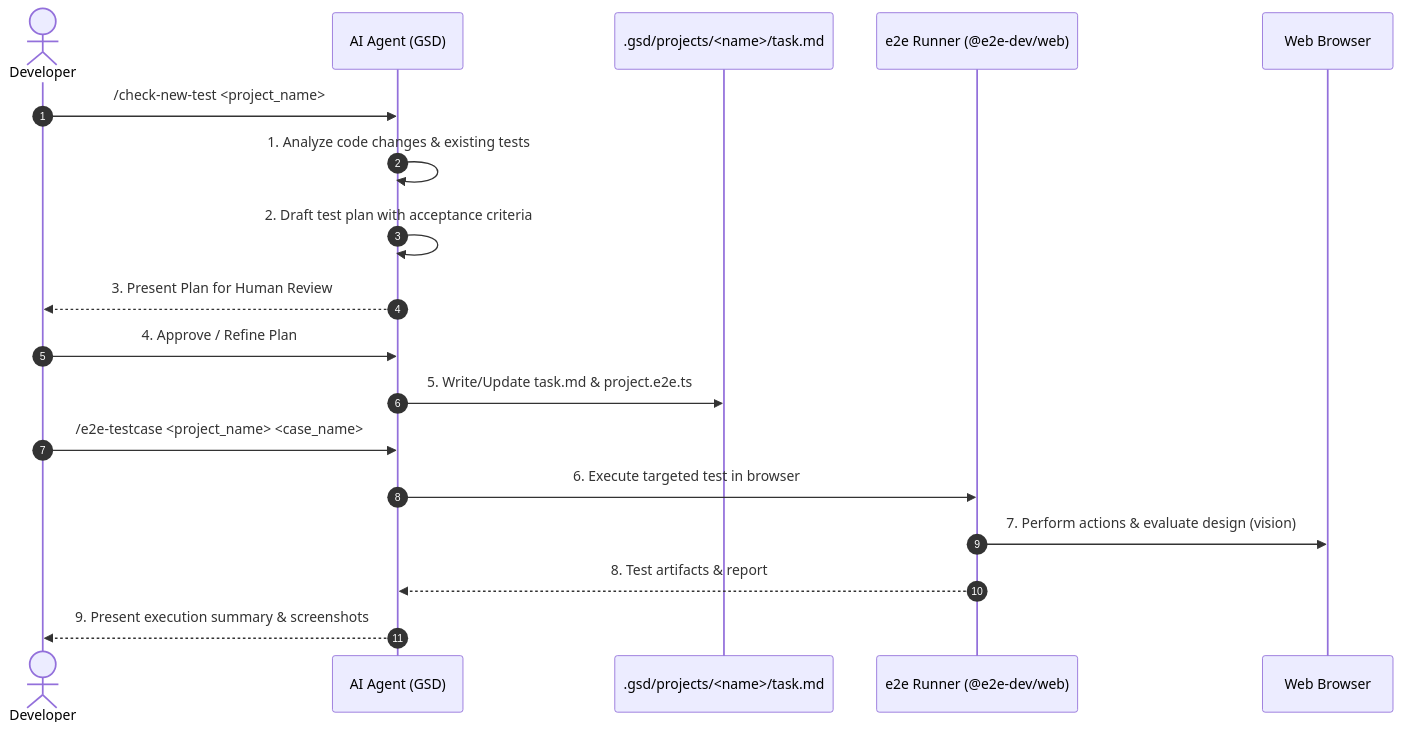
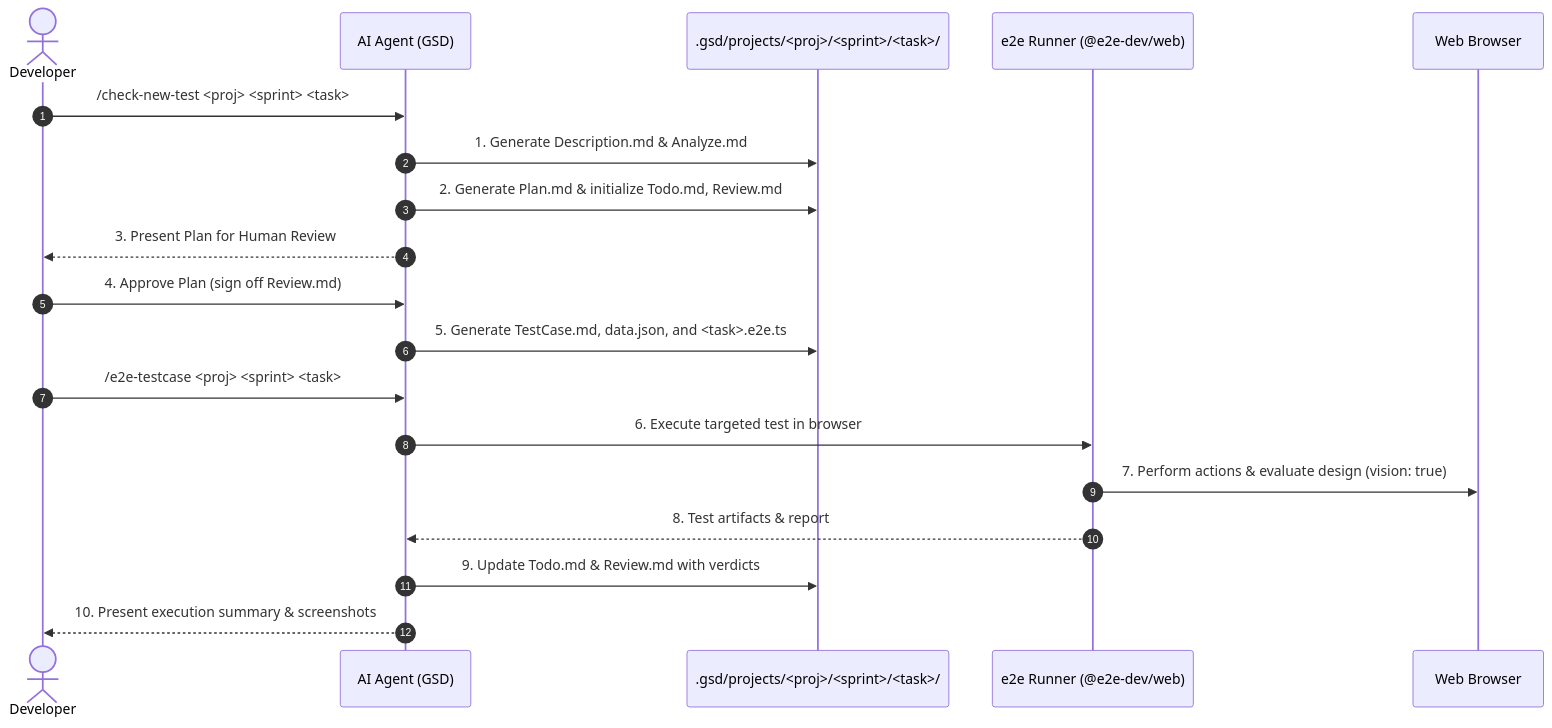
The diagram in .gsd/WORKFLOW.md (vinhhx/e2e), drawn with Mermaid before and after one commit. The commit also changed other lines of this file and 34 other files, not shown here.

Commit message:
feat(gsd): restructure projects into agile sprints and task test cases

````diff
--- a/.gsd/WORKFLOW.md
+++ b/.gsd/WORKFLOW.md
@@ -5,22 +5,23 @@
 ```mermaid
 sequenceDiagram
     autonumber
     actor Developer
     participant Agent as AI Agent (GSD)
-    participant Spec as .gsd/projects/<name>/task.md
+    participant TaskDir as .gsd/projects/<proj>/<sprint>/<task>/
     participant Runner as e2e Runner (@e2e-dev/web)
     participant Browser as Web Browser
 
-    Developer->>Agent: /check-new-test <project_name>
-    Agent->>Agent: 1. Analyze code changes & existing tests
-    Agent->>Agent: 2. Draft test plan with acceptance criteria
+    Developer->>Agent: /check-new-test <proj> <sprint> <task>
+    Agent->>TaskDir: 1. Generate Description.md & Analyze.md
+    Agent->>TaskDir: 2. Generate Plan.md & initialize Todo.md, Review.md
     Agent-->>Developer: 3. Present Plan for Human Review
-    Developer->>Agent: 4. Approve / Refine Plan
-    Agent->>Spec: 5. Write/Update task.md & project.e2e.ts
+    Developer->>Agent: 4. Approve Plan (sign off Review.md)
+    Agent->>TaskDir: 5. Generate TestCase.md, data.json, and <task>.e2e.ts
 
-    Developer->>Agent: /e2e-testcase <project_name> <case_name>
+    Developer->>Agent: /e2e-testcase <proj> <sprint> <task>
     Agent->>Runner: 6. Execute targeted test in browser
-    Runner->>Browser: 7. Perform actions & evaluate design (vision)
+    Runner->>Browser: 7. Perform actions & evaluate design (vision: true)
     Runner-->>Agent: 8. Test artifacts & report
-    Agent-->>Developer: 9. Present execution summary & screenshots
+    Agent->>TaskDir: 9. Update Todo.md & Review.md with verdicts
+    Agent-->>Developer: 10. Present execution summary & screenshots
 ```
````
